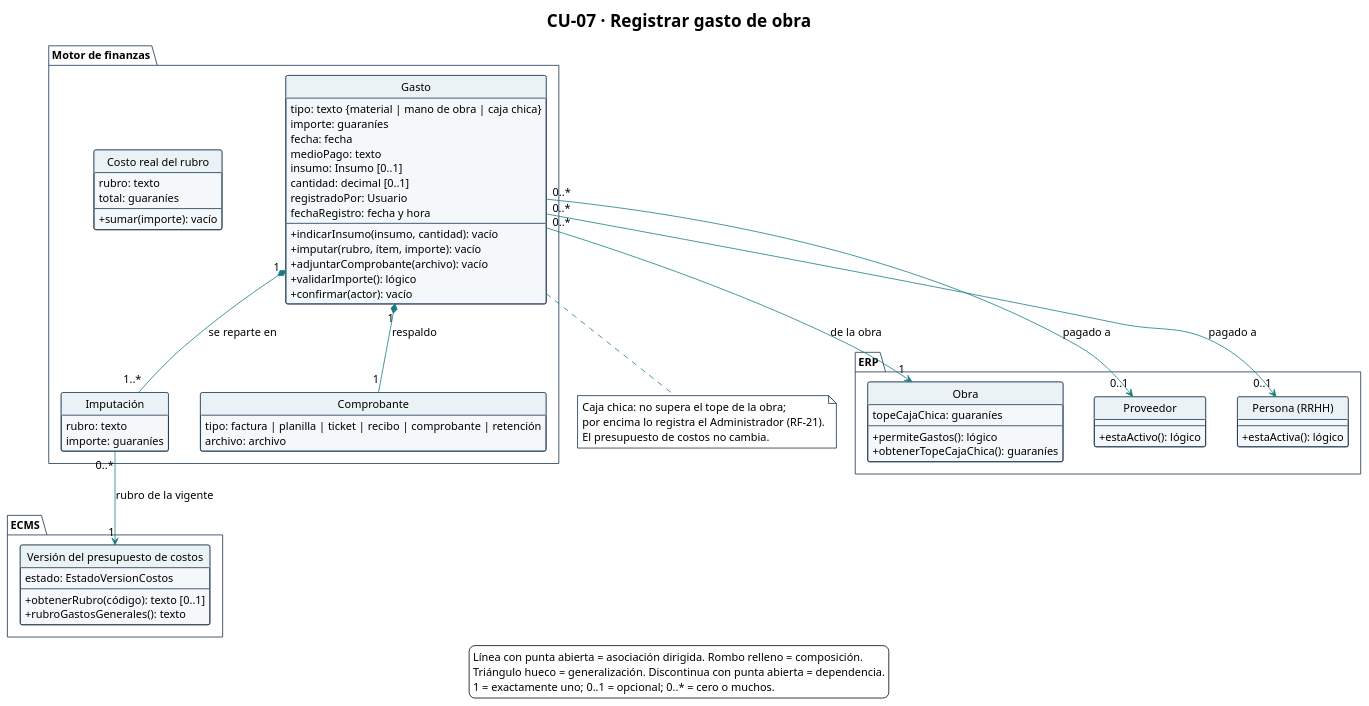
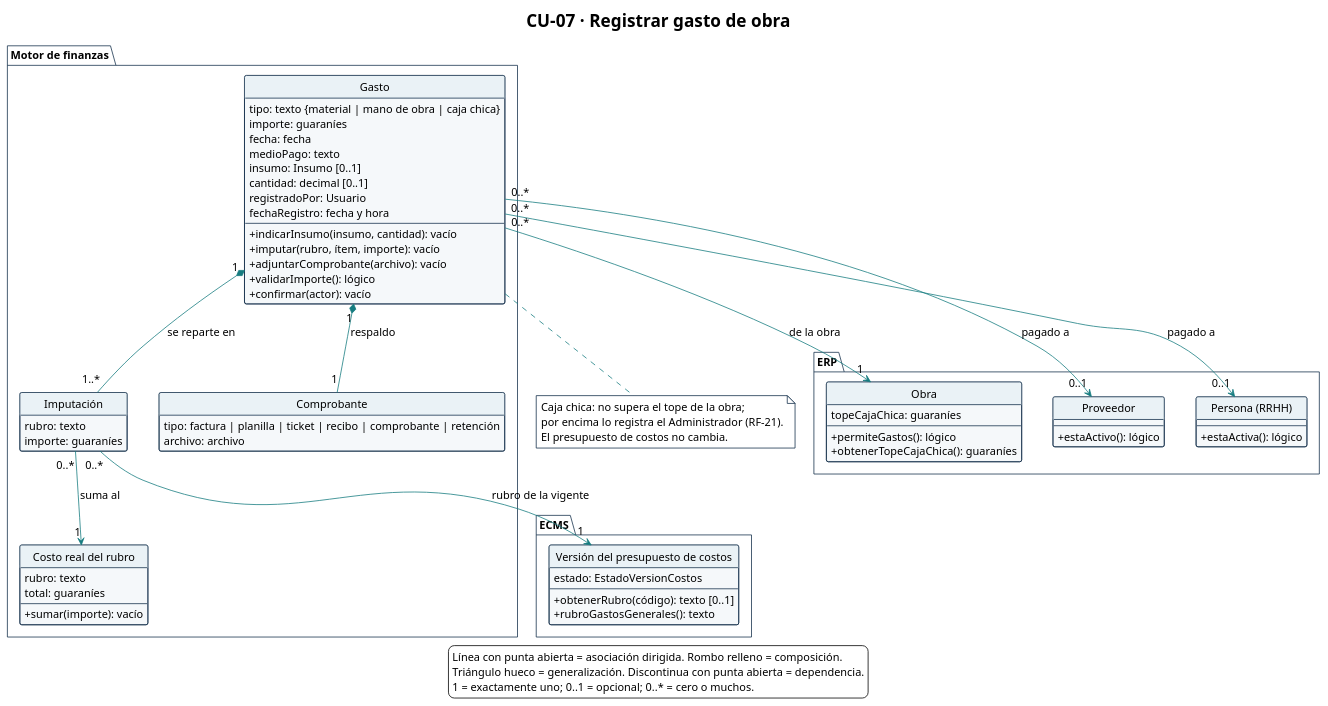
Before and after one commit to Ssrrb/tpf-uca: the diagram in diagramas/CU-07-clases.puml, drawn with PlantUML. The commit also changed 1 other file, not shown here.

Commit message:
CU-06 y CU-07: ninguna clase queda suelta en el diagrama de clases
Claude-Session: https://claude.ai/code/session_01SsyG3wCMXzRw729TatmkYY

```diff
--- a/diagramas/CU-07-clases.puml
+++ b/diagramas/CU-07-clases.puml
@@ -1,110 +1,111 @@
 @startuml
 !theme plain
 skinparam style strictuml
 title CU-07 · Registrar gasto de obra
 hide circle
 hide empty methods
 hide empty fields
 skinparam shadowing false
 skinparam classAttributeIconSize 0
 skinparam defaultFontName Arial
 skinparam defaultFontSize 14
 skinparam nodesep 40
 skinparam ranksep 50
 skinparam ArrowColor #167C80
 skinparam class {
   BackgroundColor #F5F8FA
   BorderColor #17324D
   HeaderBackgroundColor #EAF2F6
 }
 skinparam package {
   BackgroundColor #FFFFFF
   BorderColor #17324D
 }
 skinparam note {
   BackgroundColor #FFFFFF
   BorderColor #17324D
 }
 package "Motor de finanzas" {
   class Gasto {
     tipo: texto {material | mano de obra | caja chica}
     importe: guaraníes
     fecha: fecha
     medioPago: texto
     insumo: Insumo [0..1]
     cantidad: decimal [0..1]
     registradoPor: Usuario
     fechaRegistro: fecha y hora
     --
     + indicarInsumo(insumo, cantidad): vacío
     + imputar(rubro, ítem, importe): vacío
     + adjuntarComprobante(archivo): vacío
     + validarImporte(): lógico
     + confirmar(actor): vacío
   }
 
   class "Imputación" as Imputacion {
     rubro: texto
     importe: guaraníes
   }
 
   class Comprobante {
     tipo: factura | planilla | ticket | recibo | comprobante | retención
     archivo: archivo
   }
 
   class "Costo real del rubro" as CostoReal {
     rubro: texto
     total: guaraníes
     --
     + sumar(importe): vacío
   }
 }
 
 package "ECMS" {
   class "Versión del presupuesto de costos" as VersionCostos {
     estado: EstadoVersionCostos
     --
     + obtenerRubro(código): texto [0..1]
     + rubroGastosGenerales(): texto
   }
 }
 
 package "ERP" {
   class Obra {
     topeCajaChica: guaraníes
     --
     + permiteGastos(): lógico
     + obtenerTopeCajaChica(): guaraníes
   }
 
   class Proveedor {
     --
     + estaActivo(): lógico
   }
 
   class "Persona (RRHH)" as Persona {
     --
     + estaActiva(): lógico
   }
 }
 
 Gasto "0..*" --> "1" Obra : de la obra
 Gasto "0..*" --> "0..1" Proveedor : pagado a
 Gasto "0..*" --> "0..1" Persona : pagado a
 Gasto "1" *-- "1..*" Imputacion : se reparte en
 Imputacion "0..*" --> "1" VersionCostos : rubro de la vigente
 Gasto "1" *-- "1" Comprobante : respaldo
+Imputacion "0..*" --> "1" CostoReal : suma al
 
 note bottom of Gasto
   Caja chica: no supera el tope de la obra;
   por encima lo registra el Administrador (RF-21).
   El presupuesto de costos no cambia.
 end note
 
 legend bottom
   Línea con punta abierta = asociación dirigida. Rombo relleno = composición.
   Triángulo hueco = generalización. Discontinua con punta abierta = dependencia.
   1 = exactamente uno; 0..1 = opcional; 0..* = cero o muchos.
 endlegend
 @enduml
```
